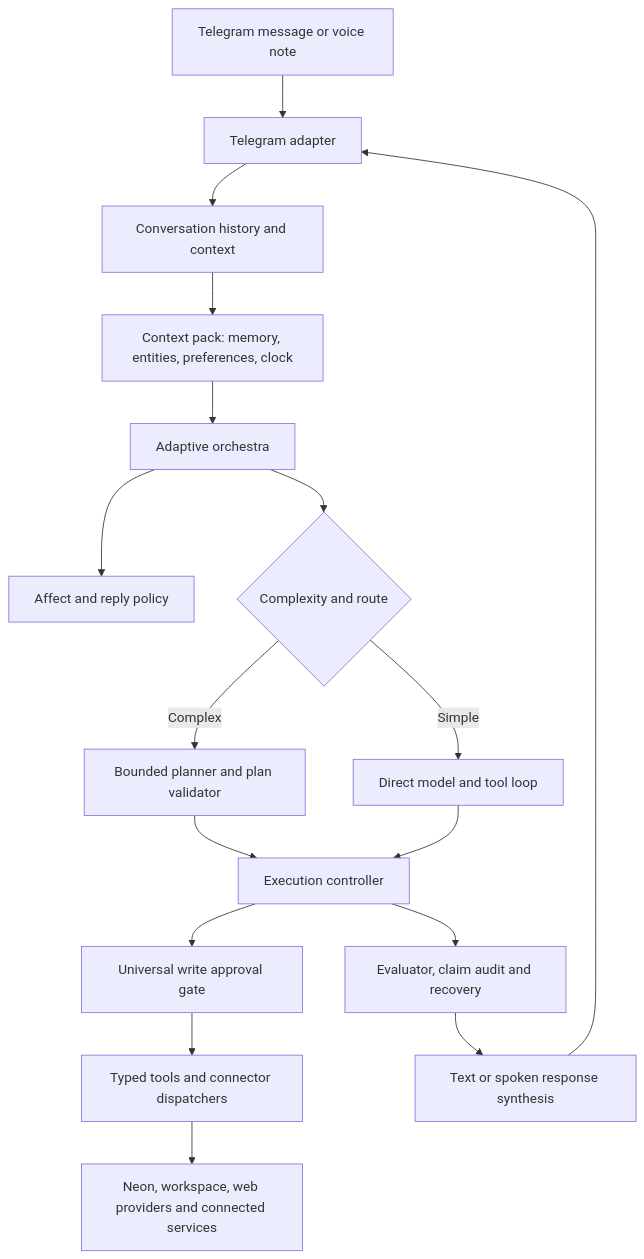
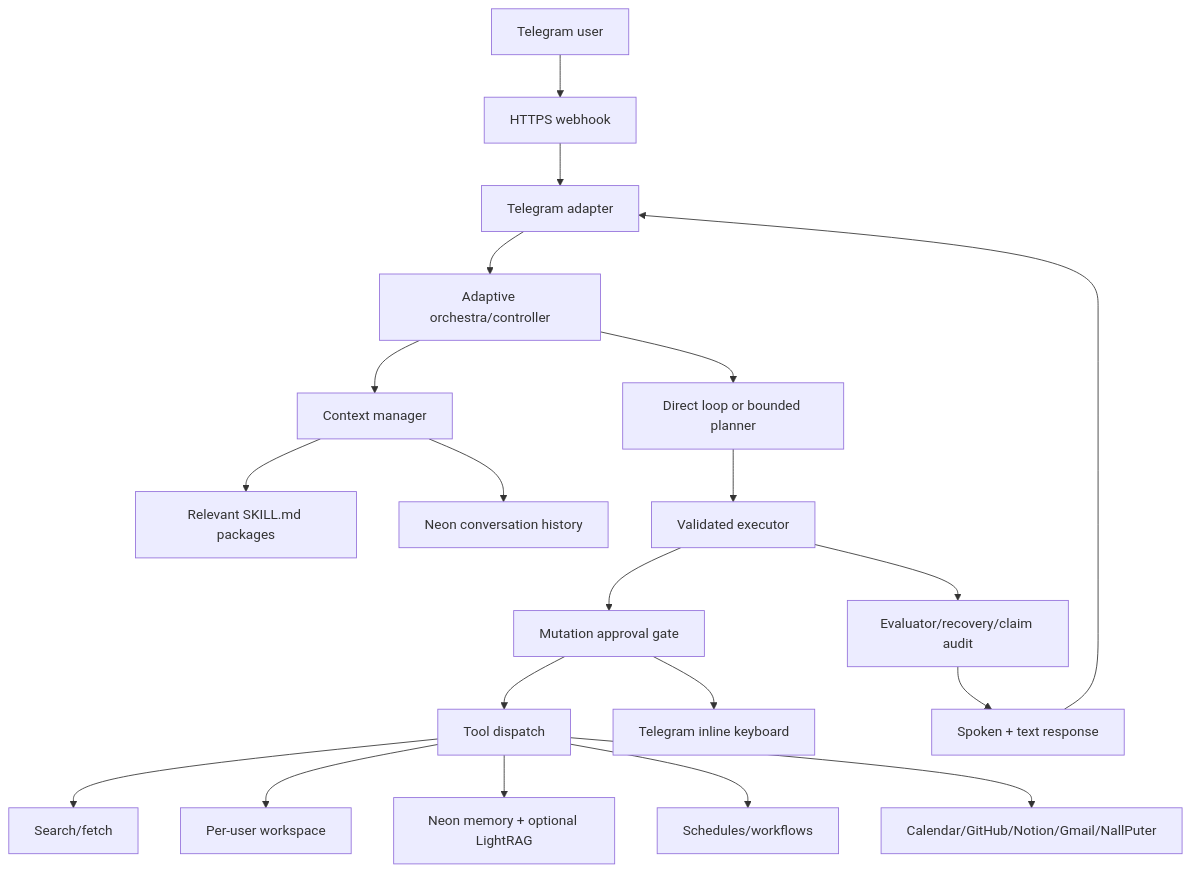
Before and after one commit to Klyntech/NallyHermes: the diagram in README.md, drawn with Mermaid. The commit also changed other lines of this file and 14 other files, not shown here.

````diff
--- a/README.md
+++ b/README.md
@@ -48,19 +39,22 @@
 ```mermaid
 flowchart TD
-    U[Telegram message or voice note] --> TG[Telegram adapter]
-    TG --> HIST[Conversation history and context]
-    HIST --> CTX[Context pack: memory, entities, preferences, clock]
-    CTX --> ORCH[Adaptive orchestra]
-    ORCH --> AFFECT[Affect and reply policy]
-    ORCH --> ROUTE{Complexity and route}
-    ROUTE -->|Simple| LOOP[Direct model and tool loop]
-    ROUTE -->|Complex| PLAN[Bounded planner and plan validator]
-    PLAN --> EXEC[Execution controller]
-    LOOP --> EXEC
-    EXEC --> APPROVAL[Universal write approval gate]
-    APPROVAL --> TOOLS[Typed tools and connector dispatchers]
-    TOOLS --> DATA[Neon, workspace, web providers and connected services]
-    EXEC --> EVAL[Evaluator, claim audit and recovery]
-    EVAL --> SYNTH[Text or spoken response synthesis]
-    SYNTH --> TG
+    U[Telegram user] --> W[HTTPS webhook]
+    W --> A[Telegram adapter]
+    A --> C[Adaptive orchestra/controller]
+    C --> CTX[Context manager]
+    CTX --> SK[Relevant SKILL.md packages]
+    CTX --> H[Neon conversation history]
+    C --> P[Direct loop or bounded planner]
+    P --> X[Validated executor]
+    X --> G[Mutation approval gate]
+    G --> T[Tool dispatch]
+    T --> S[Search/fetch]
+    T --> F[Per-user workspace]
+    T --> M[Neon memory + optional LightRAG]
+    T --> J[Schedules/workflows]
+    T --> K[Calendar/GitHub/Notion/Gmail/NallPuter]
+    G --> I[Telegram inline keyboard]
+    X --> E[Evaluator/recovery/claim audit]
+    E --> R[Spoken + text response]
+    R --> A
 ```
````
